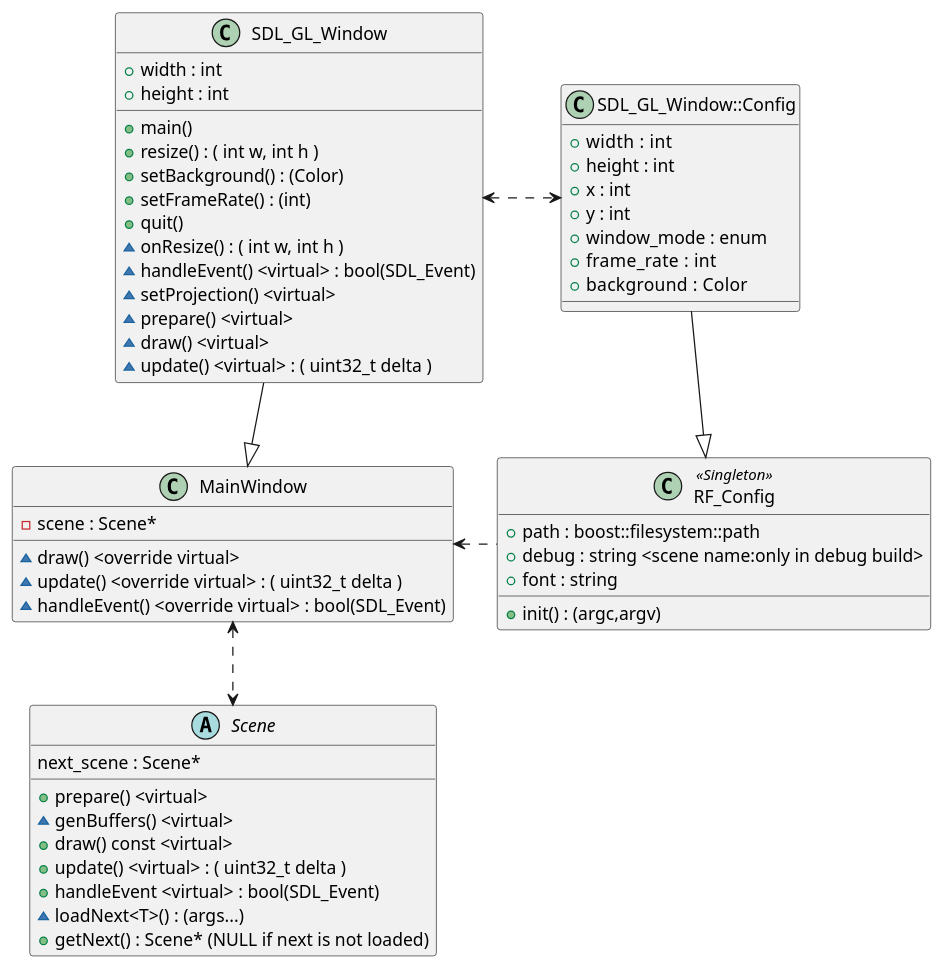
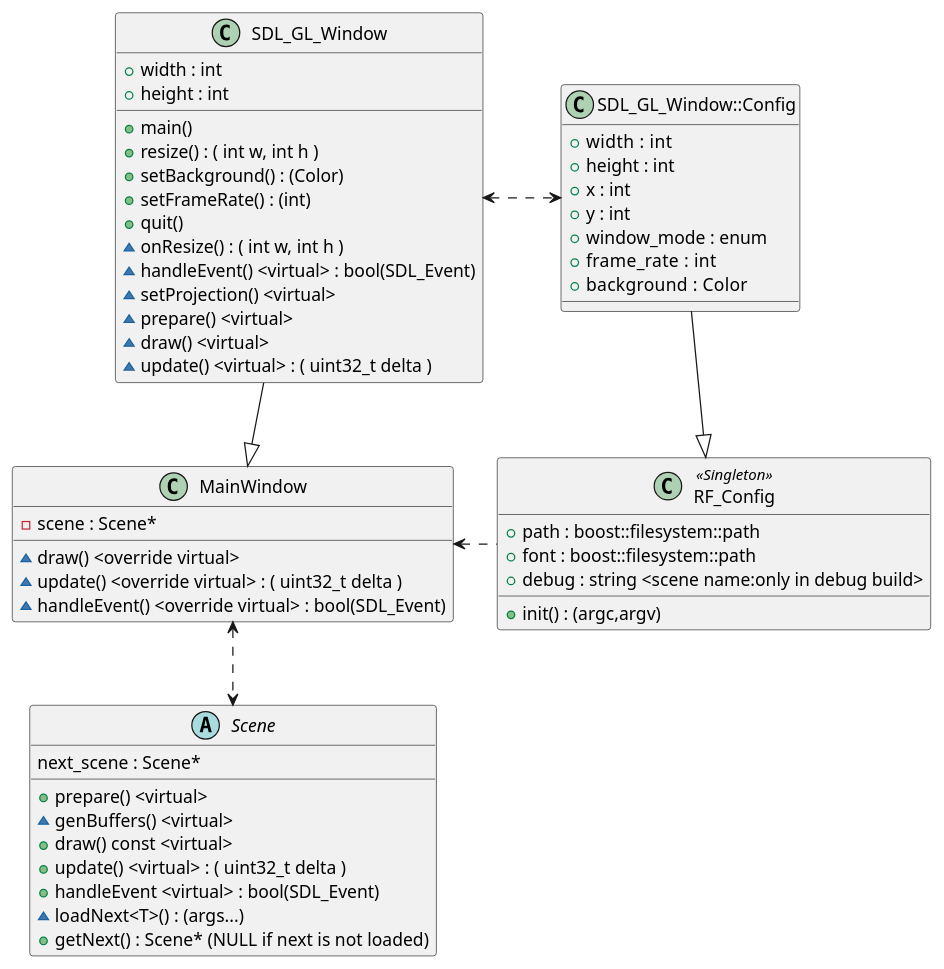
Before and after one commit to westfence105/rise_and_fall_rt: the diagram in doc/View_Class.pu, drawn with PlantUML. The commit also changed 5 other files, not shown here.

```diff
--- a/doc/View_Class.pu
+++ b/doc/View_Class.pu
@@ -1,59 +1,59 @@
 class SDL_GL_Window {
   +main()
   +width : int
   +height : int
   +resize() : ( int w, int h )
   +setBackground() : (Color)
   +setFrameRate() : (int)
   +quit()
   ~onResize() : ( int w, int h )
   ~handleEvent() <virtual> : bool(SDL_Event)
   ~setProjection() <virtual>
   ~prepare() <virtual>
   ~draw() <virtual>
   ~update() <virtual> : ( uint32_t delta )
 }
 
 SDL_GL_Window -down-|> MainWindow
 
 class MainWindow {
   ~draw() <override virtual>
   ~update() <override virtual> : ( uint32_t delta )
   ~handleEvent() <override virtual> : bool(SDL_Event)
   -scene : Scene*
 }
 
 abstract Scene {
   +prepare() <virtual>
   ~genBuffers() <virtual>
   +draw() const <virtual>
   +update() <virtual> : ( uint32_t delta )
   +handleEvent <virtual> : bool(SDL_Event)
   next_scene : Scene*
   ~loadNext<T>() : (args...)
   +getNext() : Scene* (NULL if next is not loaded)
 }
 
 MainWindow <..> Scene
 
 class SDL_GL_Window::Config {
   +width  : int
   +height : int
   +x : int
   +y : int
   +window_mode : enum
   +frame_rate  : int
   +background  : Color
 }
 
 SDL_GL_Window <.right.> "SDL_GL_Window::Config"
 
 class RF_Config <<Singleton>> {
   +path : boost::filesystem::path
+  +font : boost::filesystem::path
   +debug : string <scene name:only in debug build>
-  +font : string
   +init() : (argc,argv)
 }
 
 "SDL_GL_Window::Config" -down-|> RF_Config
 RF_Config .left.> MainWindow
```
